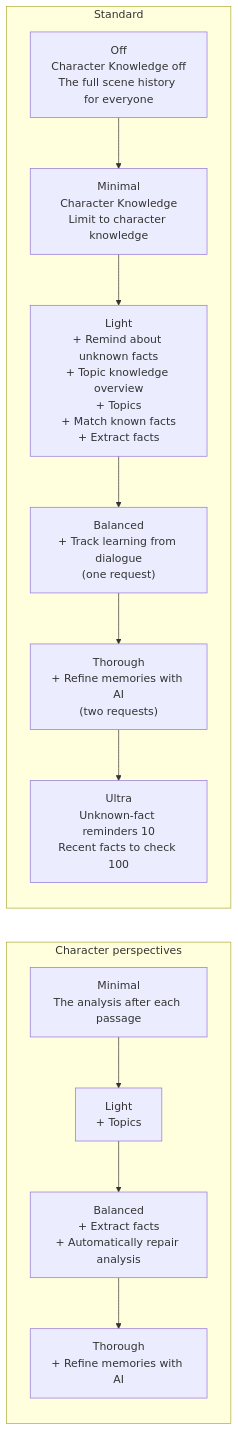
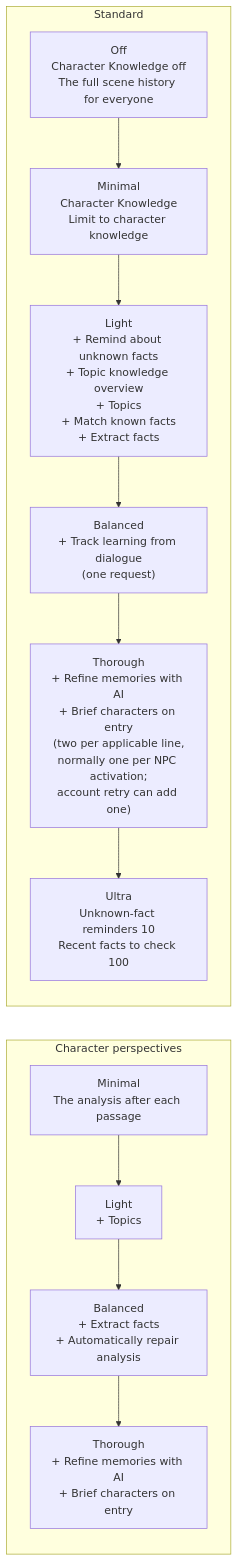
Before and after one commit to vegu-ai/talemate: the fourth of 5 diagrams in docs/user-guide/world-editor/knowledge-how-it-works.md, drawn with Mermaid. The commit also changed other lines of this file and 35 other files, not shown here.

````diff
--- a/docs/user-guide/world-editor/knowledge-how-it-works.md
+++ b/docs/user-guide/world-editor/knowledge-how-it-works.md
@@ -152,17 +164,17 @@
 ```mermaid
 flowchart LR
     subgraph "Character perspectives"
         direction TB
         P1["Minimal<br/>The analysis after each passage"] --> P2["Light<br/>+ Topics"]
         P2 --> P3["Balanced<br/>+ Extract facts<br/>+ Automatically repair analysis"]
-        P3 --> P4["Thorough<br/>+ Refine memories with AI"]
+        P3 --> P4["Thorough<br/>+ Refine memories with AI<br/>+ Brief characters on entry"]
     end
     subgraph Standard
         direction TB
         S0["Off<br/>Character Knowledge off<br/>The full scene history for everyone"] --> S1["Minimal<br/>Character Knowledge<br/>Limit to character knowledge"]
         S1 --> S2["Light<br/>+ Remind about unknown facts<br/>+ Topic knowledge overview<br/>+ Topics<br/>+ Match known facts<br/>+ Extract facts"]
         S2 --> S3["Balanced<br/>+ Track learning from dialogue<br/>(one request)"]
-        S3 --> S4["Thorough<br/>+ Refine memories with AI<br/>(two requests)"]
+        S3 --> S4["Thorough<br/>+ Refine memories with AI<br/>+ Brief characters on entry<br/>(two per applicable line,<br/>normally one per NPC activation;<br/>account retry can add one)"]
         S4 --> S5["Ultra<br/>Unknown-fact reminders 10<br/>Recent facts to check 100"]
     end
 ```
````
